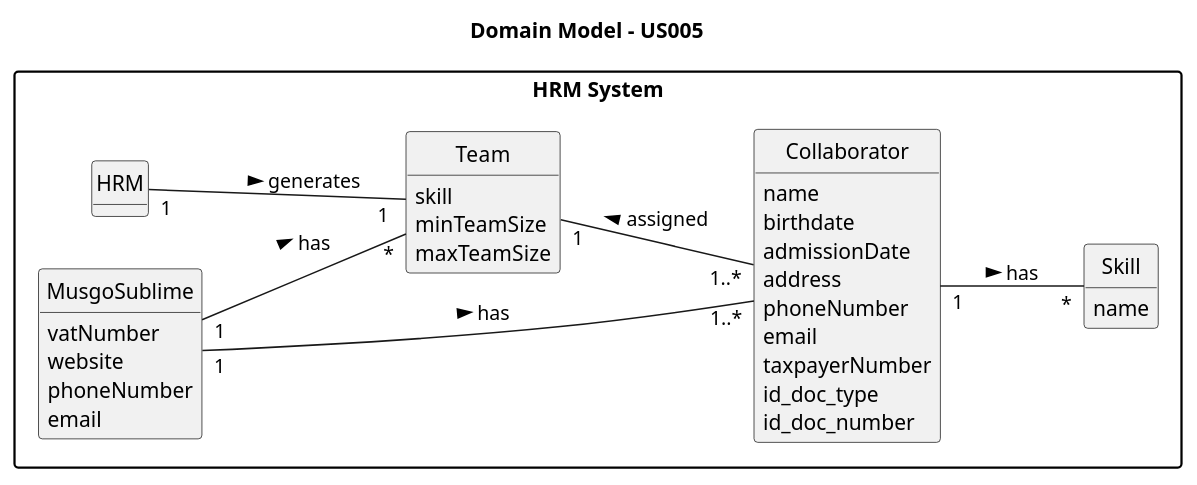
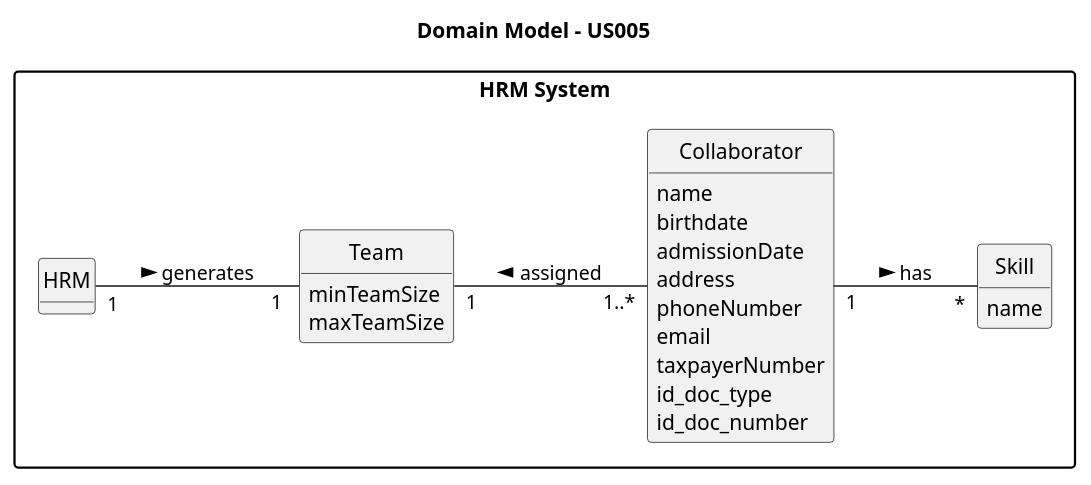
The diagram in docs/sprintB/us005/02.analysis/puml/us005-domain-model.puml (SAEmanuel/Green_Spaces_Management_ISEP), drawn with PlantUML before and after one commit. The commit also changed 20 other files, not shown here.

```diff
--- a/docs/sprintB/us005/02.analysis/puml/us005-domain-model.puml
+++ b/docs/sprintB/us005/02.analysis/puml/us005-domain-model.puml
@@ -1,59 +1,45 @@
 @startuml
 skinparam monochrome true
 skinparam packageStyle rectangle
 skinparam shadowing false
 
 title Domain Model - US005
 
 skinparam classAttributeIconSize 0
 
 left to right direction
 
 hide circles
 hide methods
 
 package "HRM System" {
     class HRM {
     }
 
     class Team {
-        skill
         minTeamSize
         maxTeamSize
     }
 
     class Collaborator {
-            name
-            birthdate
-            admissionDate
-            address
-            phoneNumber
-            email
-            taxpayerNumber
-            id_doc_type
-            id_doc_number
-
-        }
-
-    class MusgoSublime {
-        vatNumber
-        website
+        name
+        birthdate
+        admissionDate
+        address
         phoneNumber
         email
+        taxpayerNumber
+        id_doc_type
+        id_doc_number
     }
 
     class Skill {
         name
     }
 
 
     HRM "1  " -- "1 " Team : generates >
-    MusgoSublime "1 " -- "*" Team : has >
-    MusgoSublime "1 " -- "1..*" Collaborator : has >
     Team "1 " -- "1..*" Collaborator : assigned <
-
     Collaborator "1" -- "*" Skill : has >
-
-
 }
 @enduml
```
